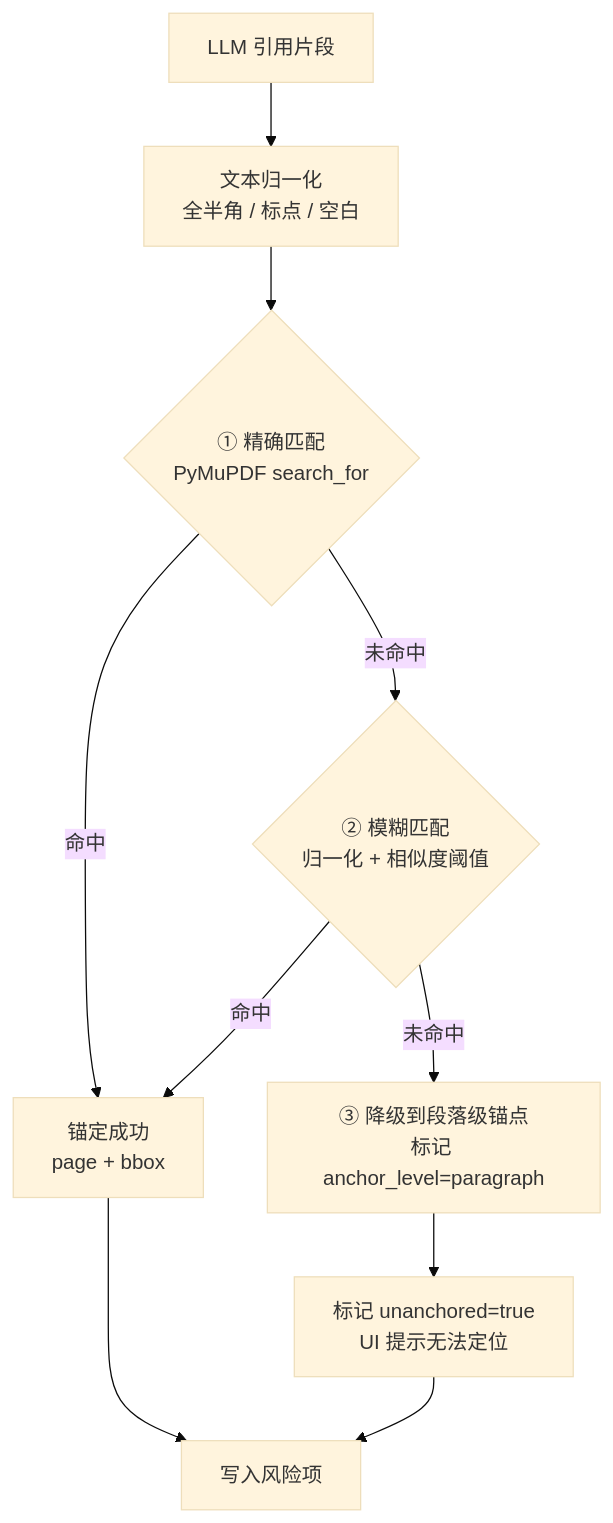
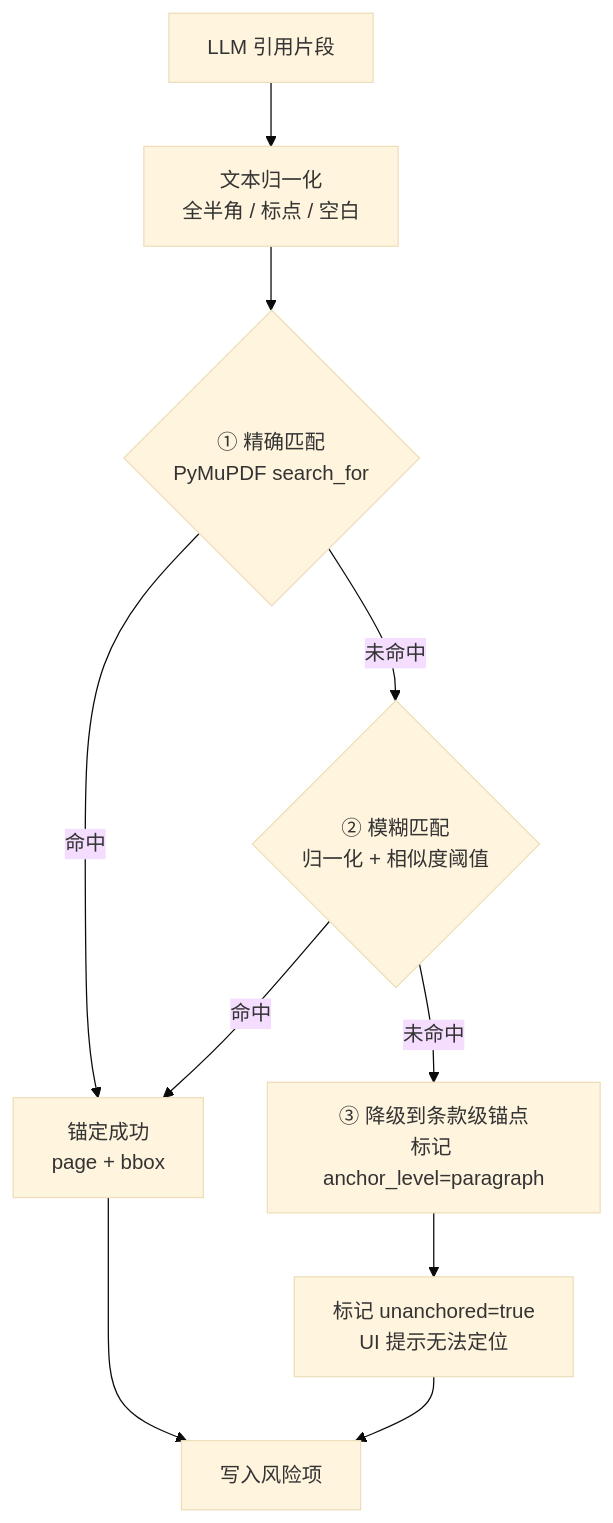
One commit to of53052/contract-approval-and-review-system changed the fifth of 21 diagrams in docs/architecture.md. Above: the diagram before and after it, drawn with Mermaid (base theme). The commit also changed other lines of this file and 10 other files, not shown here.

````diff
--- a/docs/architecture.md
+++ b/docs/architecture.md
@@ -340,12 +348,12 @@
 ```mermaid
 flowchart TD
     S["LLM 引用片段"] --> N["文本归一化<br/>全半角 / 标点 / 空白"]
     N --> M1{"① 精确匹配<br/>PyMuPDF search_for"}
     M1 -->|命中| OK["锚定成功<br/>page + bbox"]
     M1 -->|未命中| M2{"② 模糊匹配<br/>归一化 + 相似度阈值"}
     M2 -->|命中| OK
-    M2 -->|未命中| M3["③ 降级到段落级锚点<br/>标记 anchor_level=paragraph"]
+    M2 -->|未命中| M3["③ 降级到条款级锚点<br/>标记 anchor_level=paragraph"]
     M3 --> W["标记 unanchored=true<br/>UI 提示无法定位"]
     OK --> END["写入风险项"]
     W --> END
 ```
````
